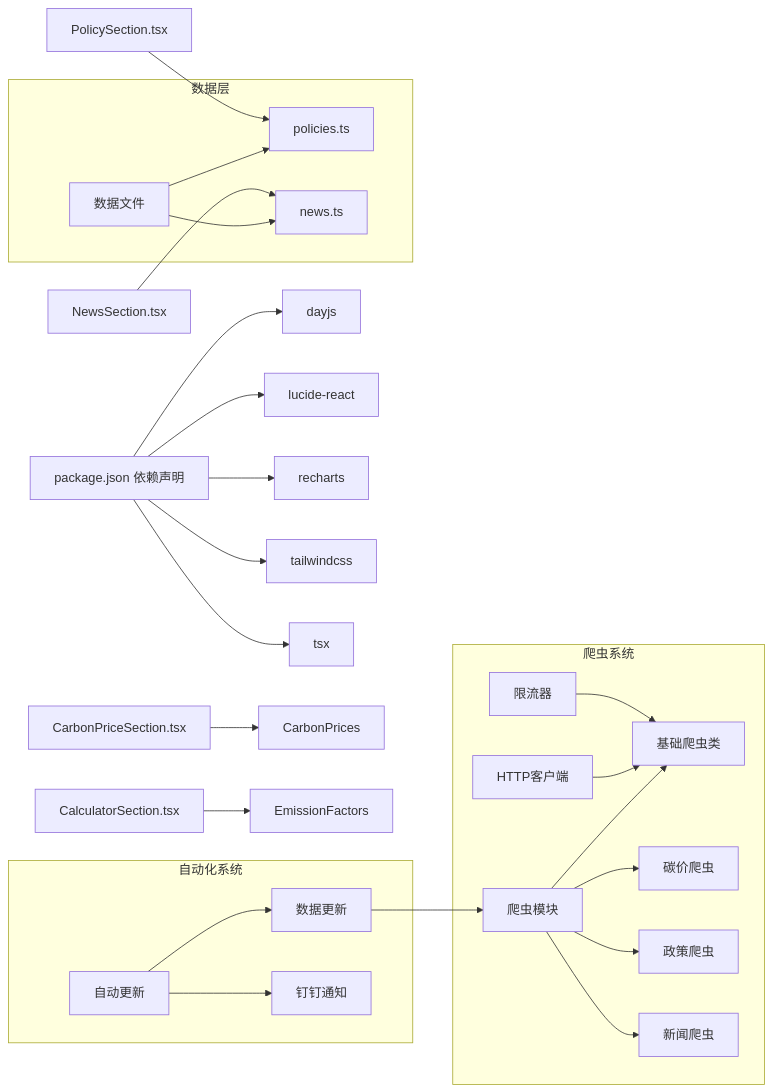
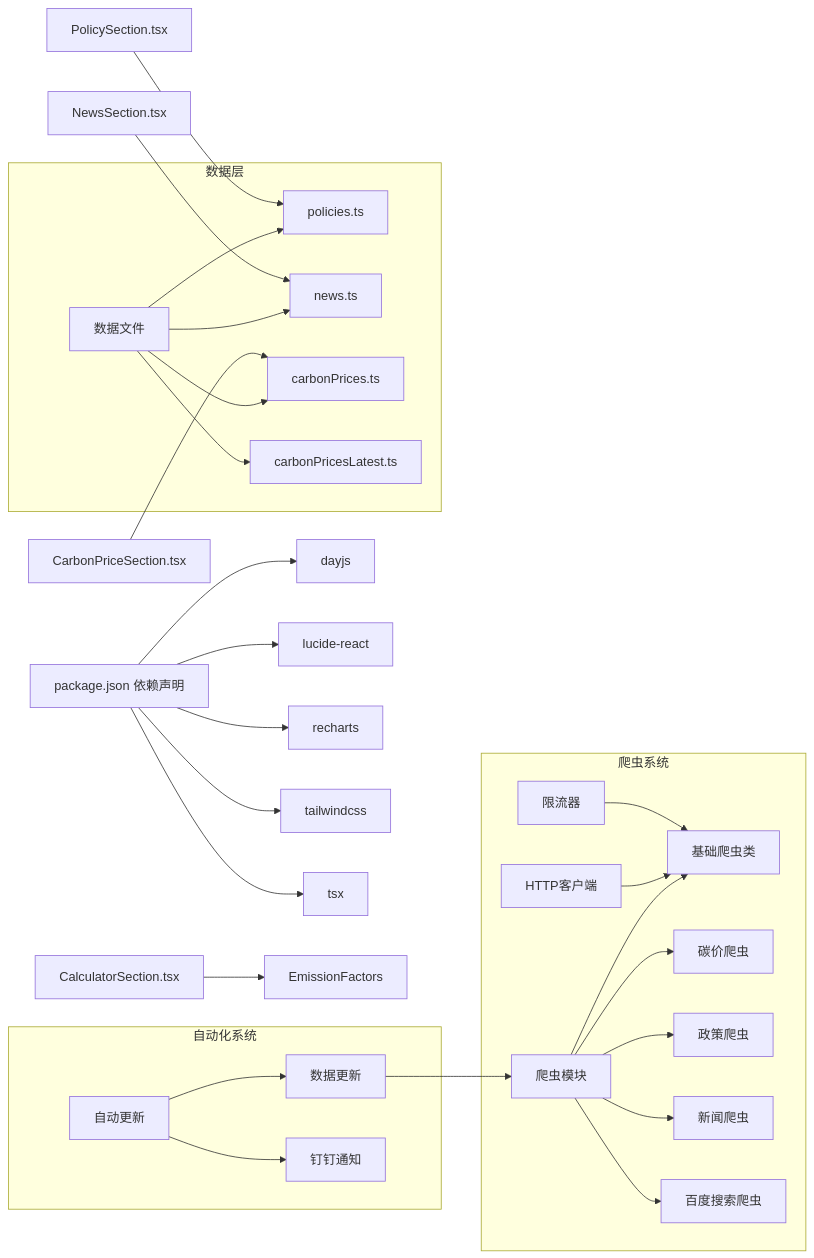
Before and after one commit to liangxuanliang-cmd/carbon-info-agent: the sixth of 6 diagrams in .qoder/repowiki/zh/content/数据管理/数据管理.md, drawn with Mermaid. The commit also changed other lines of this file and 6 other files, not shown here.

````diff
--- a/.qoder/repowiki/zh/content/数据管理/数据管理.md
+++ b/.qoder/repowiki/zh/content/数据管理/数据管理.md
@@ -490,29 +540,32 @@
 ```mermaid
 graph LR
 Pkg["package.json 依赖声明"] --> Dayjs["dayjs"]
 Pkg --> Lucide["lucide-react"]
 Pkg --> Recharts["recharts"]
 Pkg --> Tailwind["tailwindcss"]
 Pkg --> Tsx["tsx"]
 subgraph "爬虫系统"
 Crawler["爬虫模块"] --> BaseCrawler["基础爬虫类"]
 Crawler --> CarbonPriceCrawler["碳价爬虫"]
 Crawler --> PolicyCrawler["政策爬虫"]
 Crawler --> NewsCrawler["新闻爬虫"]
+Crawler --> BaiduSearchCrawler["百度搜索爬虫"]
 HttpClient["HTTP客户端"] --> BaseCrawler
 RateLimiter["限流器"] --> BaseCrawler
 end
 subgraph "自动化系统"
 AutoUpdate["自动更新"] --> UpdateData["数据更新"]
 AutoUpdate --> SendDingTalk["钉钉通知"]
 UpdateData --> Crawler
 end
 subgraph "数据层"
 Data["数据文件"] --> Policies["policies.ts"]
 Data --> News["news.ts"]
+Data --> CarbonPrices["carbonPrices.ts"]
+Data --> CarbonPricesLatest["carbonPricesLatest.ts"]
 end
 CarbonPriceSection["CarbonPriceSection.tsx"] --> CarbonPrices
 PolicySection["PolicySection.tsx"] --> Policies
 NewsSection["NewsSection.tsx"] --> News
 CalculatorSection["CalculatorSection.tsx"] --> EmissionFactors
 ```
````
